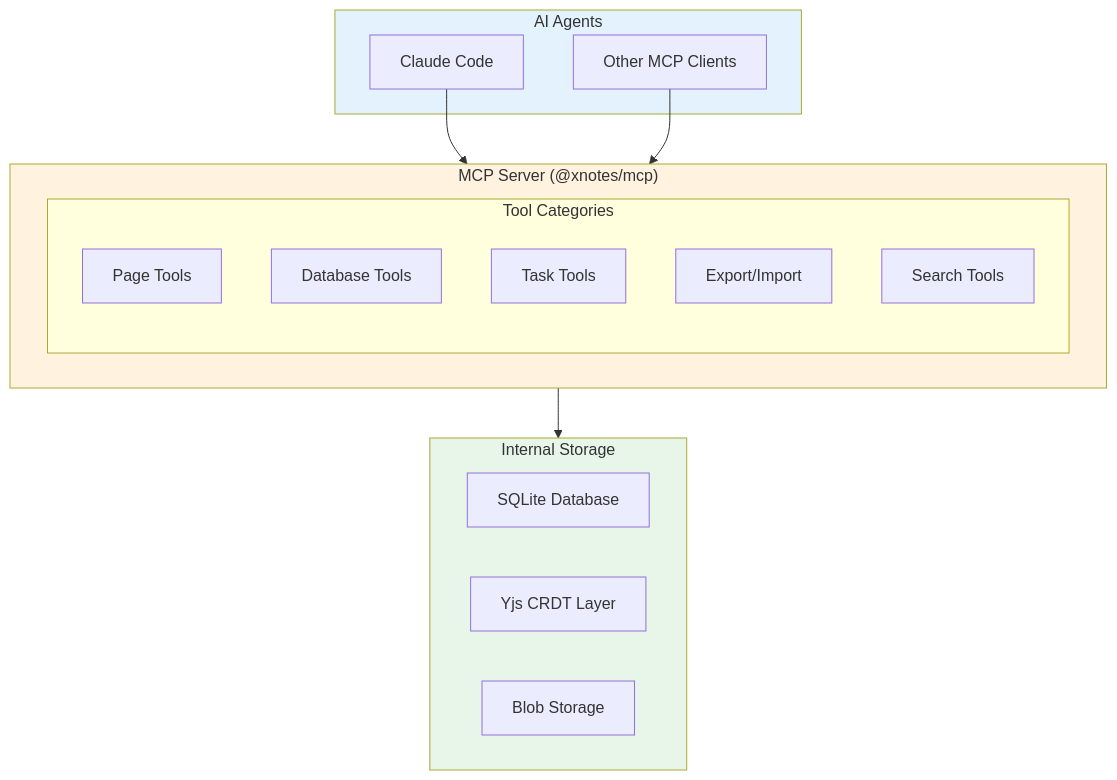
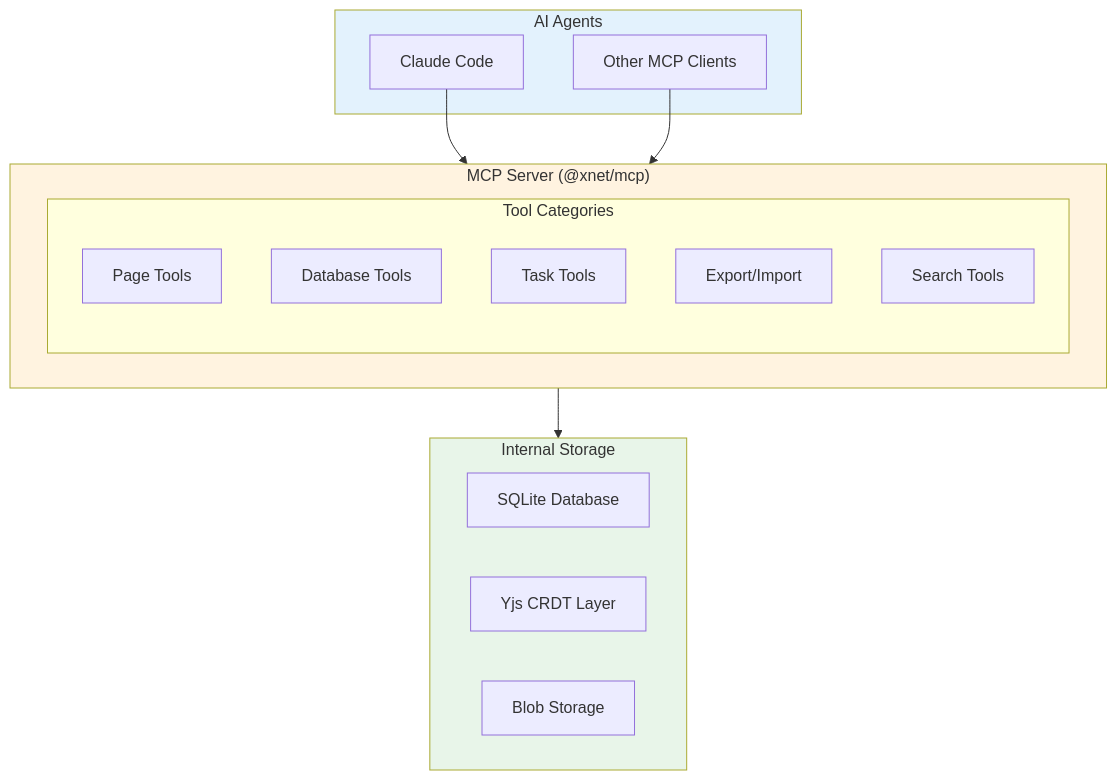
Before and after one commit to crs48/xNet: the diagram in docs/plan/09-ai-mcp-interface.md, drawn with Mermaid. The commit also changed other lines of this file and 44 other files, not shown here.

````diff
--- a/docs/plan/09-ai-mcp-interface.md
+++ b/docs/plan/09-ai-mcp-interface.md
@@ -23,31 +23,31 @@
 ```mermaid
 flowchart TB
     subgraph Agents["AI Agents"]
         Claude["Claude Code"]
         Other["Other MCP Clients"]
     end
 
-    subgraph MCP["MCP Server (@xnotes/mcp)"]
+    subgraph MCP["MCP Server (@xnet/mcp)"]
         subgraph Tools["Tool Categories"]
             Pages["Page Tools"]
             DBTools["Database Tools"]
             Tasks["Task Tools"]
             Export["Export/Import"]
             Search["Search Tools"]
         end
     end
 
     subgraph Storage["Internal Storage"]
         SQLite["SQLite Database"]
         CRDT["Yjs CRDT Layer"]
         Blobs["Blob Storage"]
     end
 
     Claude --> MCP
     Other --> MCP
     MCP --> Storage
 
     style Agents fill:#e3f2fd
     style MCP fill:#fff3e0
     style Storage fill:#e8f5e9
 ```
````
